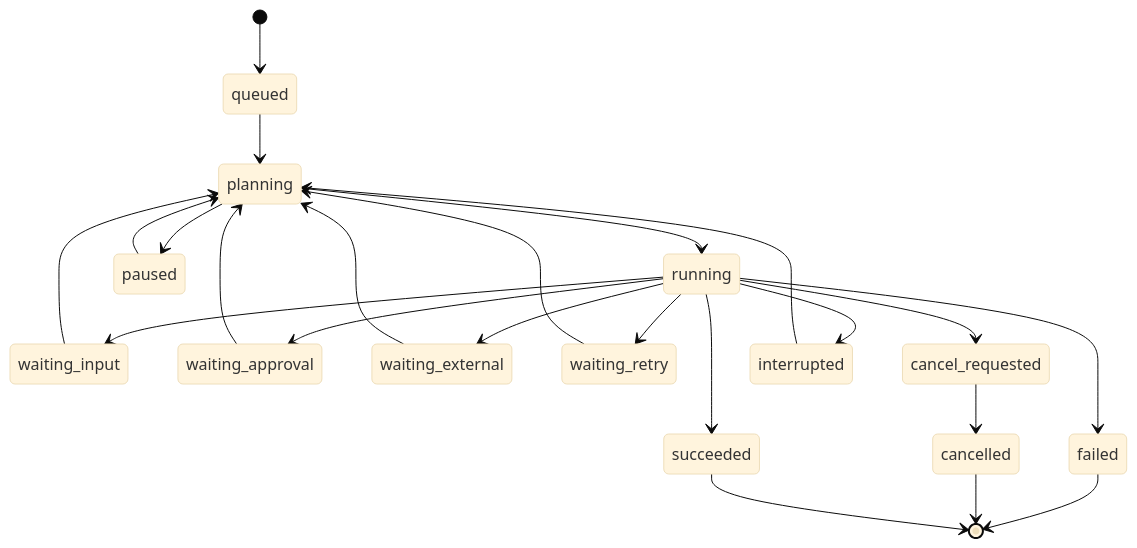
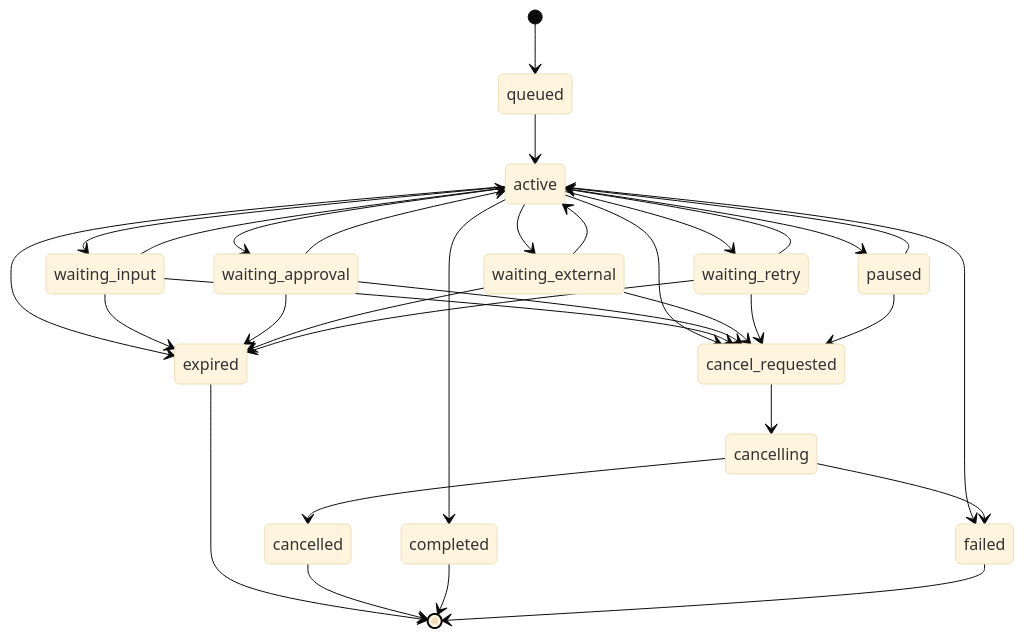
The diagram in docs/architecture/super-assistant-execution-model.md (Carlehyy/OpenOntology), drawn with Mermaid (base theme) before and after one commit. The commit also changed other lines of this file and 4 other files, not shown here.

Commit message:
docs: refine assistant capability and agent architecture

````diff
--- a/docs/architecture/super-assistant-execution-model.md
+++ b/docs/architecture/super-assistant-execution-model.md
@@ -23,25 +25,35 @@
 ```mermaid
 stateDiagram-v2
     [*] --> queued
-    queued --> planning
-    planning --> running
-    running --> waiting_input
-    running --> waiting_approval
-    running --> waiting_external
-    running --> waiting_retry
-    running --> succeeded
-    running --> failed
-    running --> cancel_requested
-    running --> interrupted
-    waiting_input --> planning
-    waiting_approval --> planning
-    waiting_external --> planning
-    waiting_retry --> planning
-    cancel_requested --> cancelled
-    interrupted --> planning
-    planning --> paused
-    paused --> planning
+    queued --> active
+    active --> waiting_input
+    active --> waiting_approval
+    active --> waiting_external
+    active --> waiting_retry
+    active --> paused
+    active --> cancel_requested
+    active --> completed
+    active --> failed
+    waiting_input --> active
+    waiting_approval --> active
+    waiting_external --> active
+    waiting_retry --> active
+    waiting_input --> cancel_requested
+    waiting_approval --> cancel_requested
+    waiting_external --> cancel_requested
+    waiting_retry --> cancel_requested
+    paused --> active
+    paused --> cancel_requested
+    cancel_requested --> cancelling
+    cancelling --> cancelled
+    cancelling --> failed
+    active --> expired
+    waiting_input --> expired
+    waiting_approval --> expired
+    waiting_external --> expired
+    waiting_retry --> expired
+    expired --> [*]
+    cancelled --> [*]
+    completed --> [*]
     failed --> [*]
-    cancelled --> [*]
-    succeeded --> [*]
 ```
````
